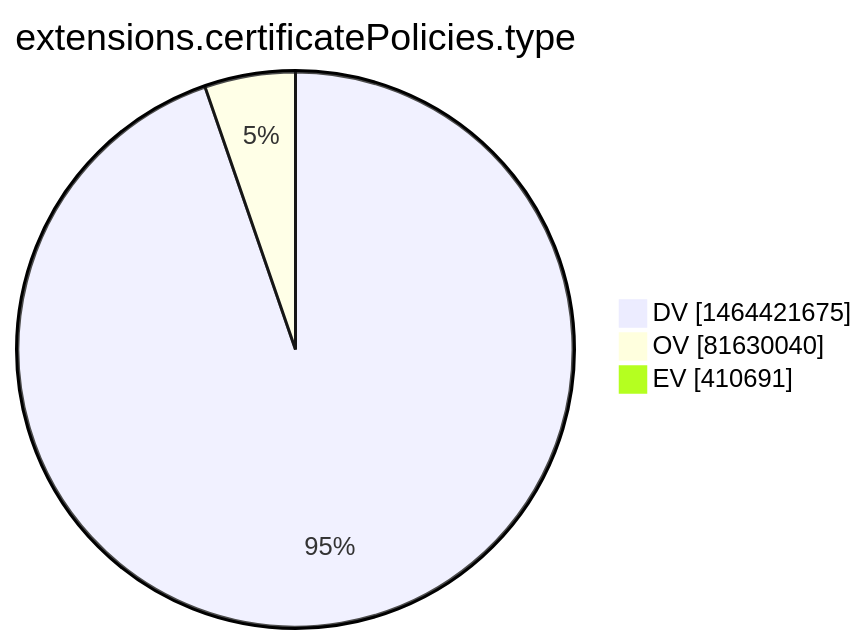
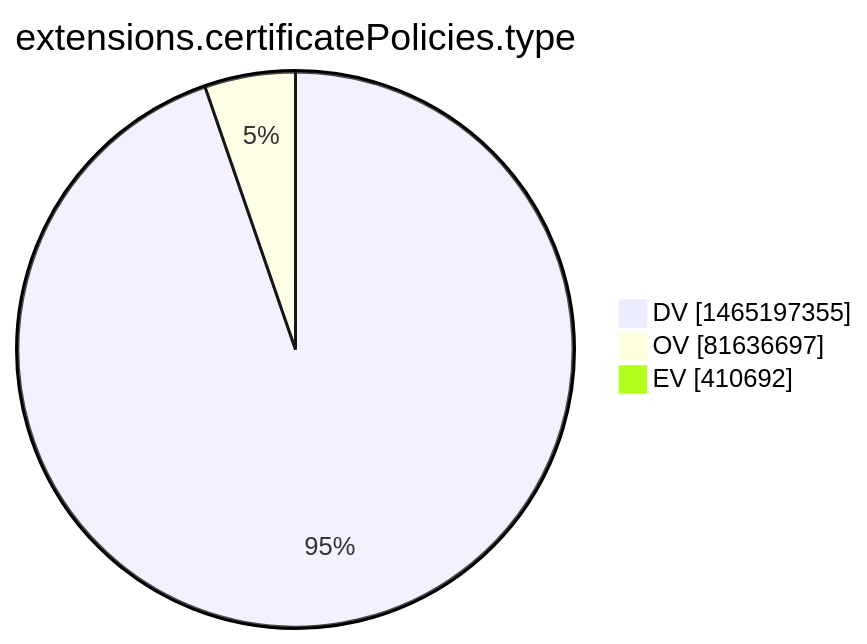
One commit to christiankrug/ctmonitor_visualization changed the tenth of 15 diagrams in xenon2022/README.md. Above: the diagram before and after it, drawn with Mermaid. The commit also changed other lines of this file, not shown here.

````diff
--- a/xenon2022/README.md
+++ b/xenon2022/README.md
@@ -2870,7 +2872,7 @@
 ```mermaid
 pie showData
 title extensions.certificatePolicies.type
-"DV" :1464421675
-"OV" :81630040
-"EV" :410691
+"DV" :1465197355
+"OV" :81636697
+"EV" :410692
 ```
````
